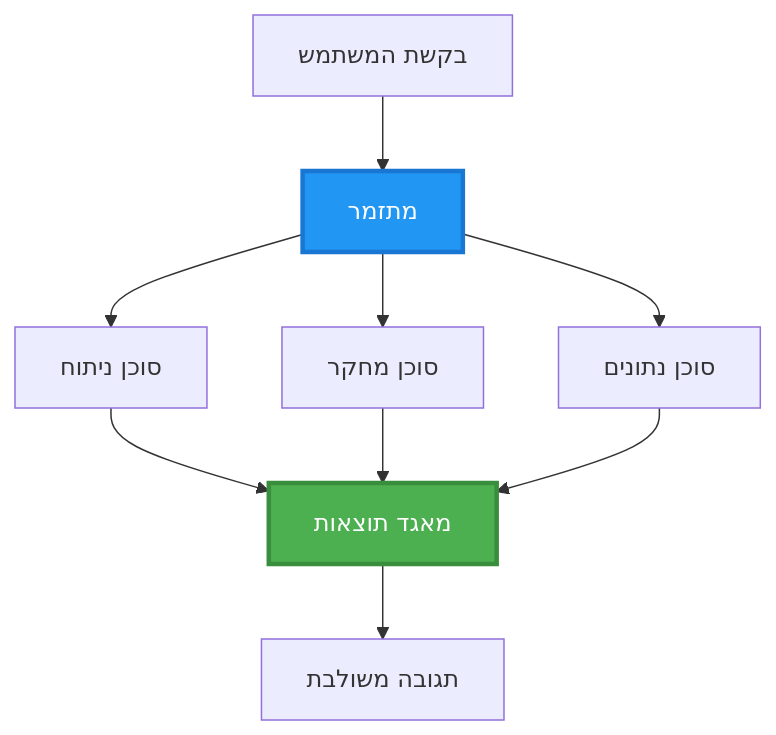
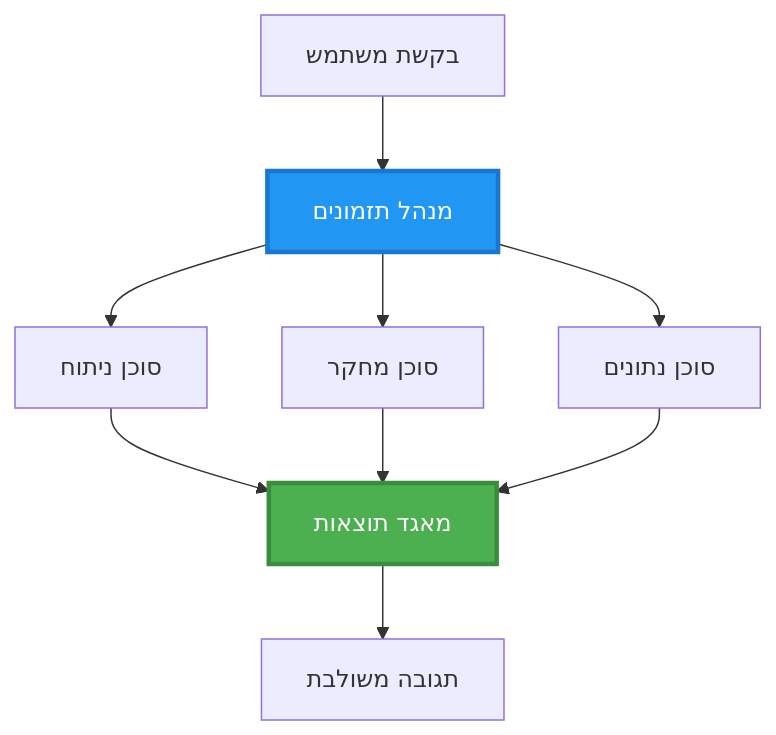
One commit to microsoft/AZD-for-beginners changed the second of 6 diagrams in translations/he/docs/chapter-06-pre-deployment/coordination-patterns.md. Above: the diagram before and after it, drawn with Mermaid. The commit also changed other lines of this file and 101 other files, not shown here.

````diff
--- a/translations/he/docs/chapter-06-pre-deployment/coordination-patterns.md
+++ b/translations/he/docs/chapter-06-pre-deployment/coordination-patterns.md
@@ -106,22 +100,22 @@
 ```mermaid
 graph TB
-    User[בקשת המשתמש]
-    Orchestrator[מתזמר]
+    User[בקשת משתמש]
+    Orchestrator[מנהל תזמונים]
     Agent1[סוכן ניתוח]
     Agent2[סוכן מחקר]
     Agent3[סוכן נתונים]
     Aggregator[מאגד תוצאות]
     Response[תגובה משולבת]
     
     User --> Orchestrator
     Orchestrator --> Agent1
     Orchestrator --> Agent2
     Orchestrator --> Agent3
     Agent1 --> Aggregator
     Agent2 --> Aggregator
     Agent3 --> Aggregator
     Aggregator --> Response
     
     style Orchestrator fill:#2196F3,stroke:#1976D2,stroke-width:3px,color:#fff
     style Aggregator fill:#4CAF50,stroke:#388E3C,stroke-width:3px,color:#fff
 ```
````
